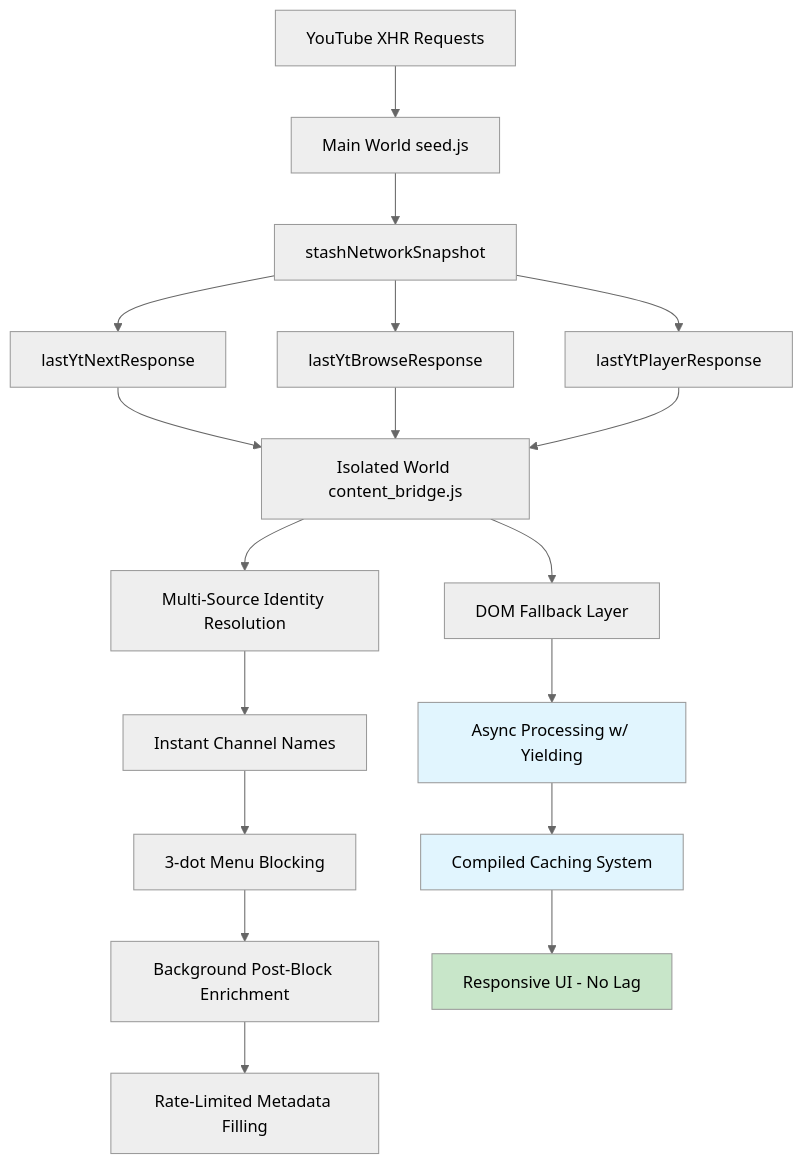
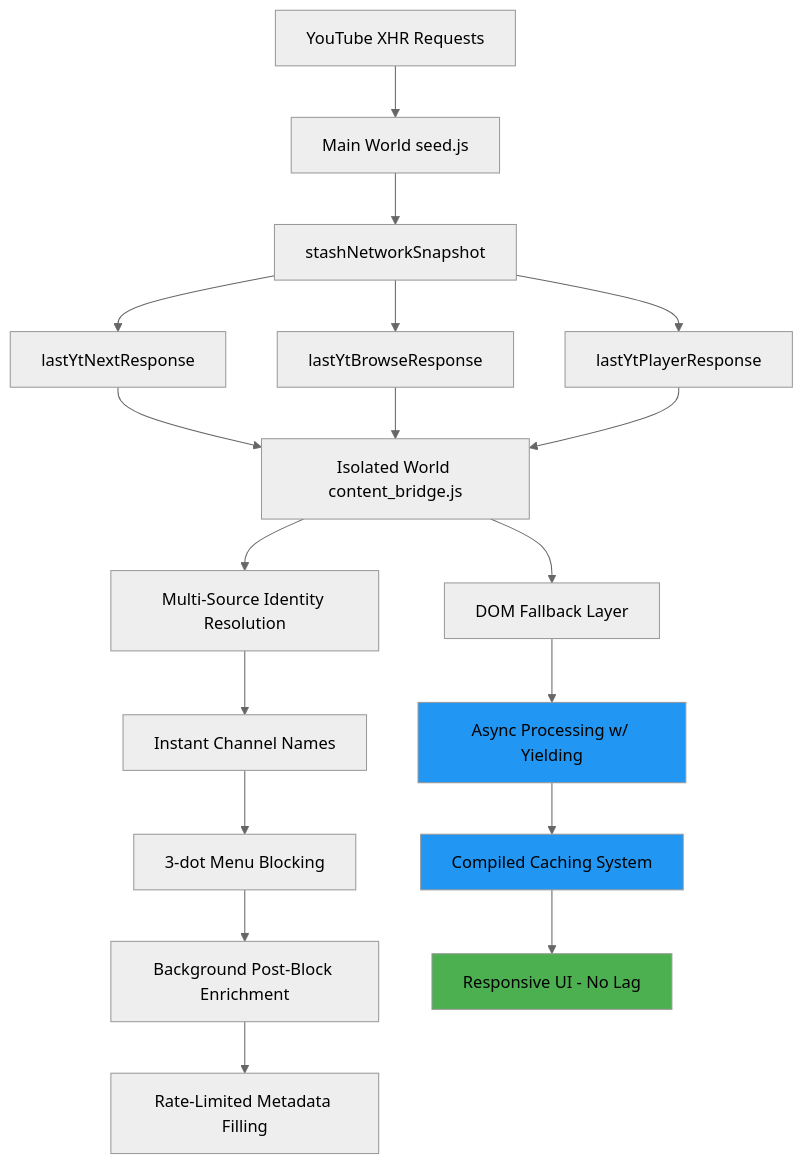
Before and after one commit to varshneydevansh/FilterTube: the third of 14 diagrams in docs/ARCHITECTURE.md, drawn with Mermaid (neutral theme). The commit also changed other lines of this file and 21 other files, not shown here.

````diff
--- a/docs/ARCHITECTURE.md
+++ b/docs/ARCHITECTURE.md
@@ -11,28 +70,28 @@
 ```mermaid
 graph TD
     A[YouTube XHR Requests] --> B[Main World seed.js]
     B --> C[stashNetworkSnapshot]
     C --> D[lastYtNextResponse]
     C --> E[lastYtBrowseResponse]
     C --> F[lastYtPlayerResponse]
     
     D --> G[Isolated World content_bridge.js]
     E --> G
     F --> G
     
     G --> H[Multi-Source Identity Resolution]
     H --> I[Instant Channel Names]
     I --> J[3-dot Menu Blocking]
     
     J --> K[Background Post-Block Enrichment]
     K --> L[Rate-Limited Metadata Filling]
     
     G --> M[DOM Fallback Layer]
     M --> N[Async Processing w/ Yielding]
     N --> O[Compiled Caching System]
     O --> P[Responsive UI - No Lag]
     
-    style N fill:#e1f5fe
-    style O fill:#e1f5fe
-    style P fill:#c8e6c9
+    style N fill:#2196f3
+    style O fill:#2196f3
+    style P fill:#4caf50
 ```
````
